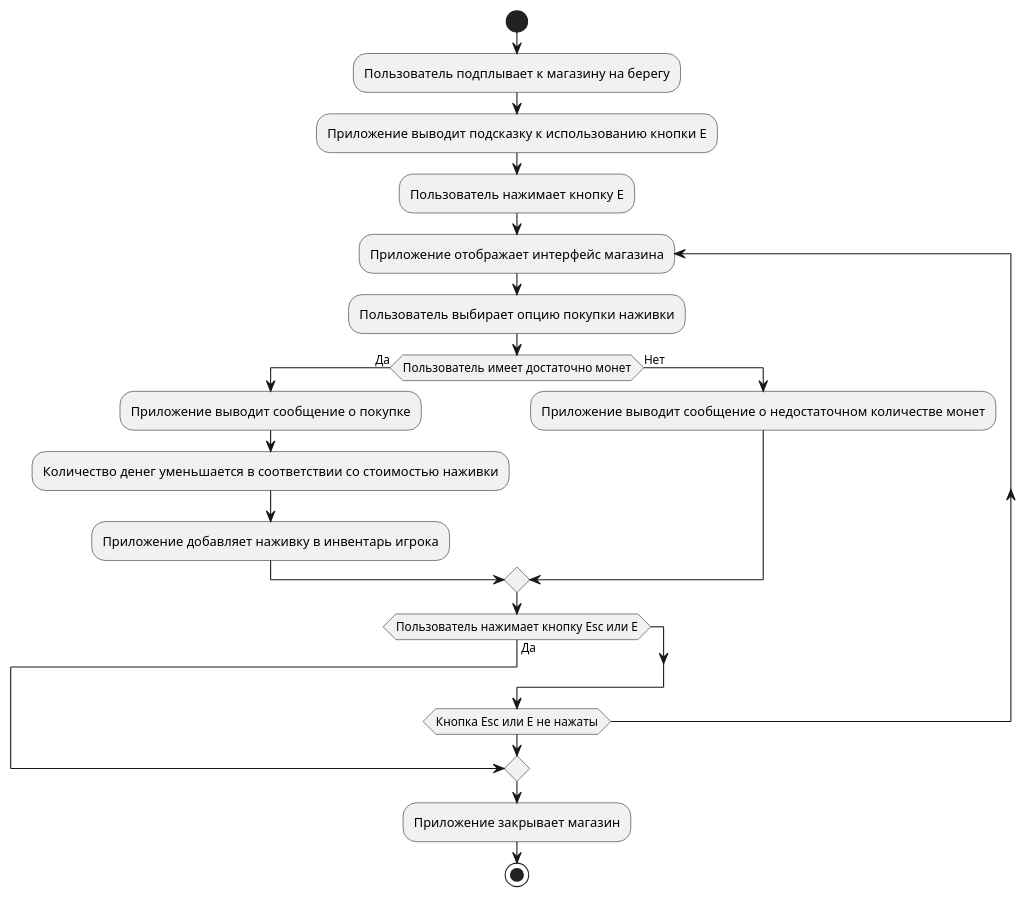
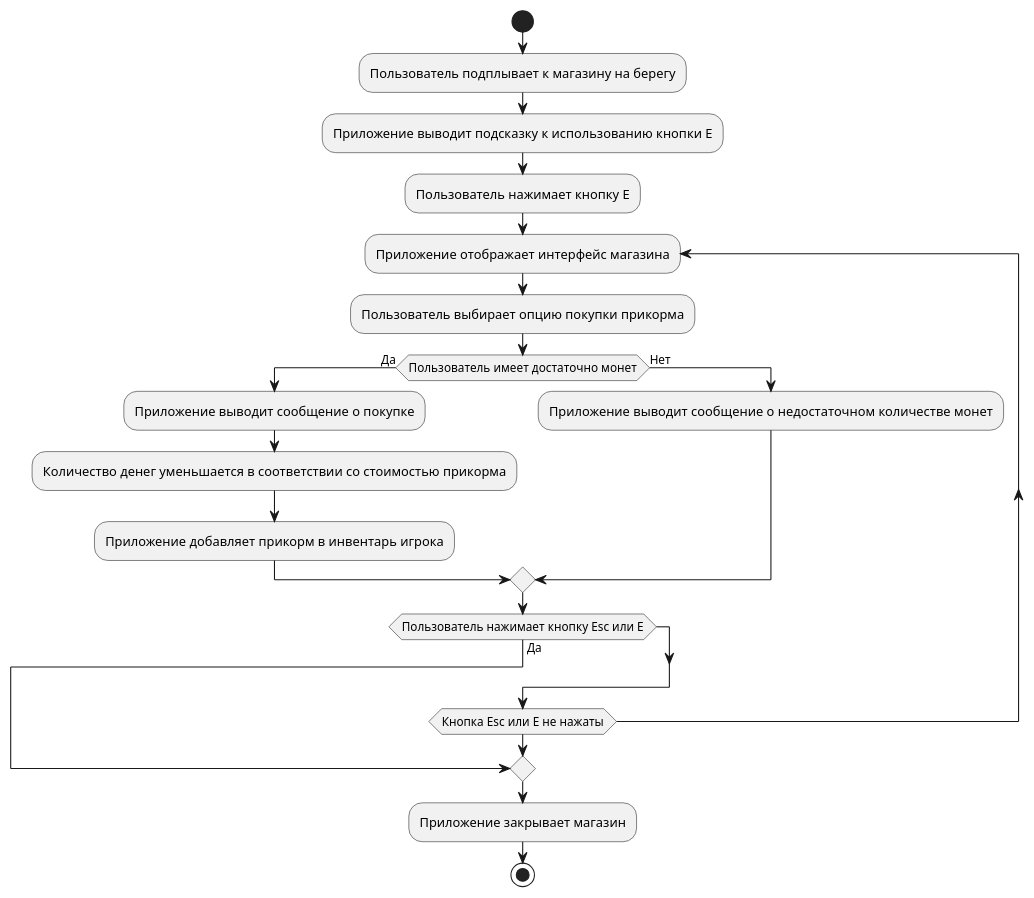
The diagram in docs/diagrams/functions/buylure.puml (lenk6663/studying), drawn with PlantUML before and after one commit. The commit also changed 19 other files, not shown here.

```diff
--- a/docs/diagrams/functions/buylure.puml
+++ b/docs/diagrams/functions/buylure.puml
@@ -1,23 +1,23 @@
-@startuml Покупка наживки
+@startuml Покупка прикорма
 
 start
 :Пользователь подплывает к магазину на берегу;
 :Приложение выводит подсказку к использованию кнопки Е;
 :Пользователь нажимает кнопку Е;
 repeat :Приложение отображает интерфейс магазина;
-    :Пользователь выбирает опцию покупки наживки;
+    :Пользователь выбирает опцию покупки прикорма;
     if (Пользователь имеет достаточно монет) then (Да)
         :Приложение выводит сообщение о покупке;
-        :Количество денег уменьшается в соответствии со стоимостью наживки;
-        :Приложение добавляет наживку в инвентарь игрока;
+        :Количество денег уменьшается в соответствии со стоимостью прикорма;
+        :Приложение добавляет прикорм в инвентарь игрока;
     else (Нет)
         :Приложение выводит сообщение о недостаточном количестве монет;
-    endif 
+    endif
     if (Пользователь нажимает кнопку Esc или E) then (Да)
         break
     endif
 repeat while (Кнопка Esc или E не нажаты)
 :Приложение закрывает магазин;
 stop
 
 @enduml
```
